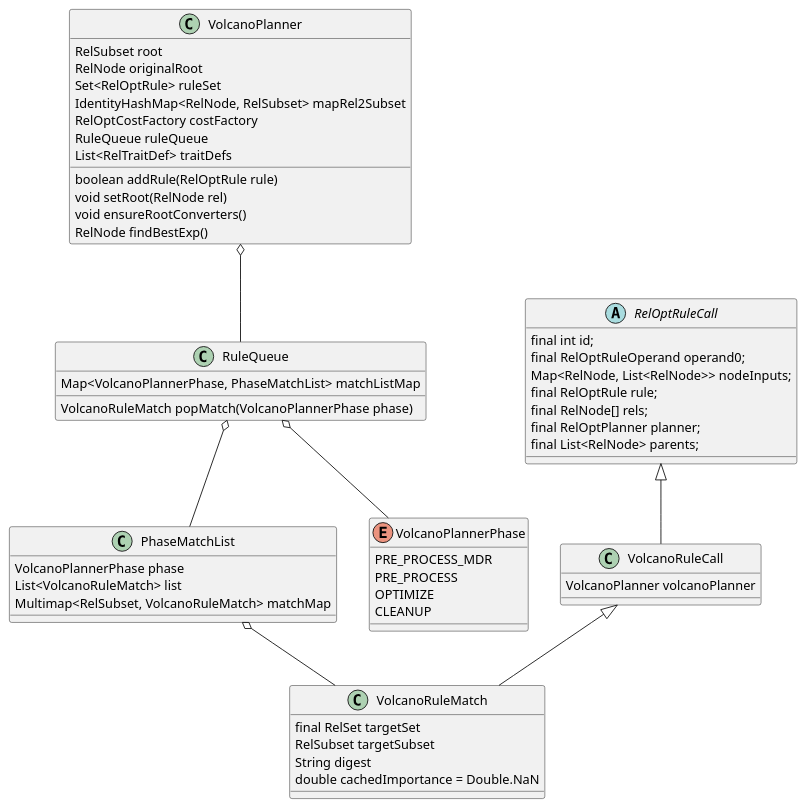
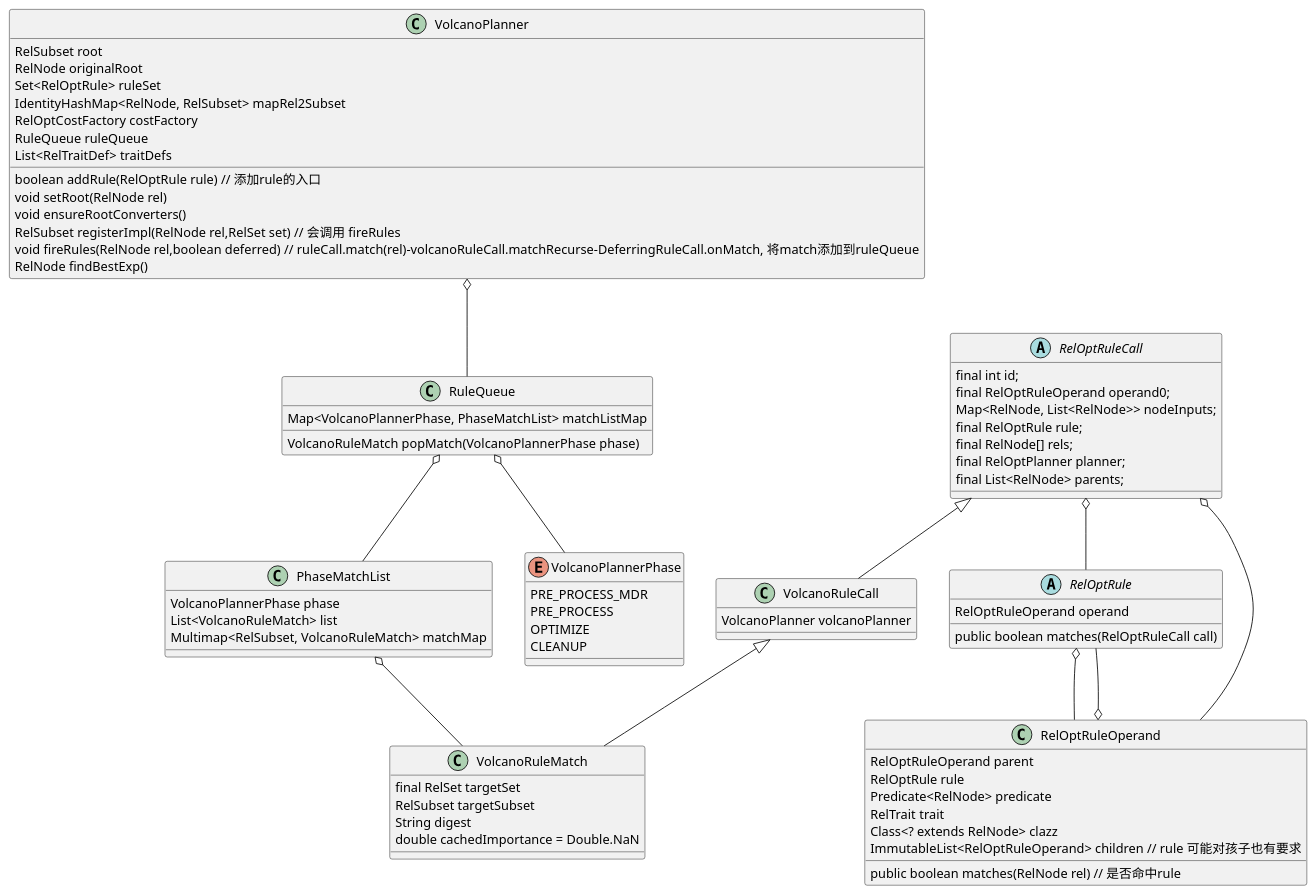
The second of 3 diagrams in scwf/calcite.puml (scwf/flink-hello), drawn with PlantUML before and after one commit.

Commit message:
add match logic

```diff
--- a/scwf/calcite.puml
+++ b/scwf/calcite.puml
@@ -102,66 +102,88 @@
 @startuml
 
 class VolcanoPlanner {
   RelSubset root
   RelNode originalRoot
   Set<RelOptRule> ruleSet
   IdentityHashMap<RelNode, RelSubset> mapRel2Subset
   RelOptCostFactory costFactory
   RuleQueue ruleQueue
   List<RelTraitDef> traitDefs
 
-  boolean addRule(RelOptRule rule)
+  boolean addRule(RelOptRule rule) // 添加rule的入口
   void setRoot(RelNode rel)
   void ensureRootConverters()
+  RelSubset registerImpl(RelNode rel,RelSet set) // 会调用 fireRules
+  void fireRules(RelNode rel,boolean deferred) // ruleCall.match(rel)-volcanoRuleCall.matchRecurse-DeferringRuleCall.onMatch, 将match添加到ruleQueue
   RelNode findBestExp()
 }
 
 class RuleQueue {
 VolcanoRuleMatch popMatch(VolcanoPlannerPhase phase)
 Map<VolcanoPlannerPhase, PhaseMatchList> matchListMap
 }
 
 class PhaseMatchList {
 VolcanoPlannerPhase phase
 List<VolcanoRuleMatch> list
 Multimap<RelSubset, VolcanoRuleMatch> matchMap
 }
 
 enum VolcanoPlannerPhase {
   PRE_PROCESS_MDR
   PRE_PROCESS
   OPTIMIZE
   CLEANUP
 }
 RelOptRuleCall <|-- VolcanoRuleCall
 VolcanoRuleCall <|-- VolcanoRuleMatch
 PhaseMatchList o-- VolcanoRuleMatch
 RuleQueue o-- PhaseMatchList
 RuleQueue o-- VolcanoPlannerPhase
 VolcanoPlanner o-- RuleQueue
-
+RelOptRuleCall o-- RelOptRule
+RelOptRuleCall o-- RelOptRuleOperand
+RelOptRuleOperand o-- RelOptRule
+RelOptRule o-- RelOptRuleOperand
 
 abstract class RelOptRuleCall {
   final int id;
   final RelOptRuleOperand operand0;
   Map<RelNode, List<RelNode>> nodeInputs;
   final RelOptRule rule;
   final RelNode[] rels;
   final RelOptPlanner planner;
   final List<RelNode> parents;
+}
+
+abstract class RelOptRule {
+RelOptRuleOperand operand
+
+public boolean matches(RelOptRuleCall call)
+}
+
+class RelOptRuleOperand {
+  RelOptRuleOperand parent
+  RelOptRule rule
+  Predicate<RelNode> predicate
+  RelTrait trait
+  Class<? extends RelNode> clazz
+  ImmutableList<RelOptRuleOperand> children // rule 可能对孩子也有要求
+
+  public boolean matches(RelNode rel) // 是否命中rule
 }
 
 class VolcanoRuleCall {
   VolcanoPlanner volcanoPlanner
 }
 
 class VolcanoRuleMatch {
   final RelSet targetSet
   RelSubset targetSubset
   String digest
   double cachedImportance = Double.NaN
 }
 
 
 
 @enduml
```
